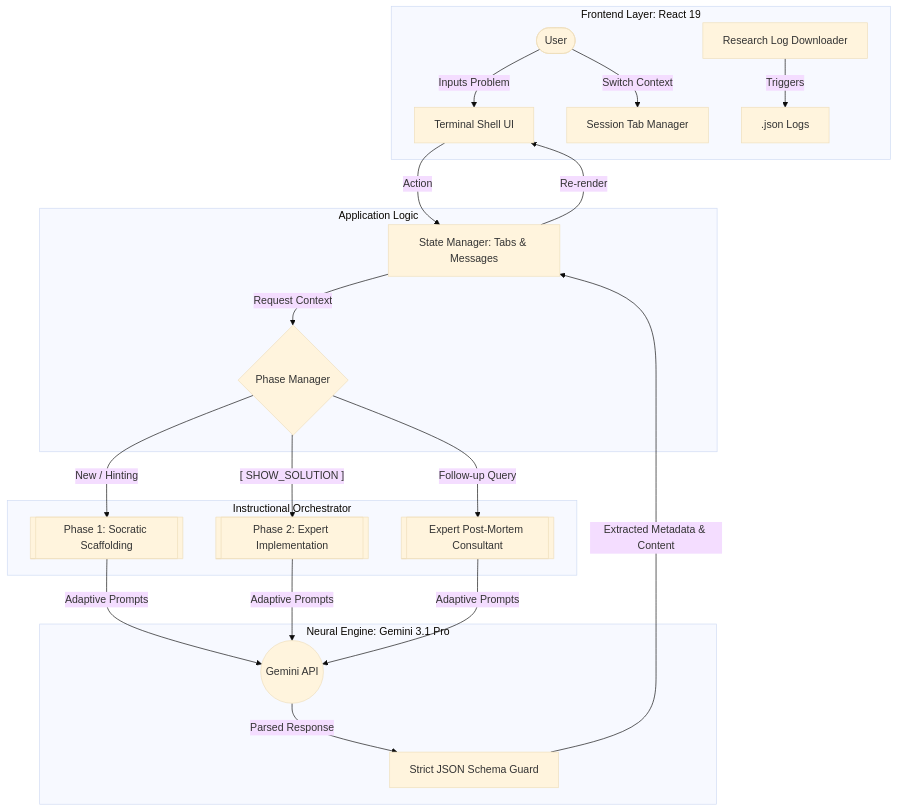
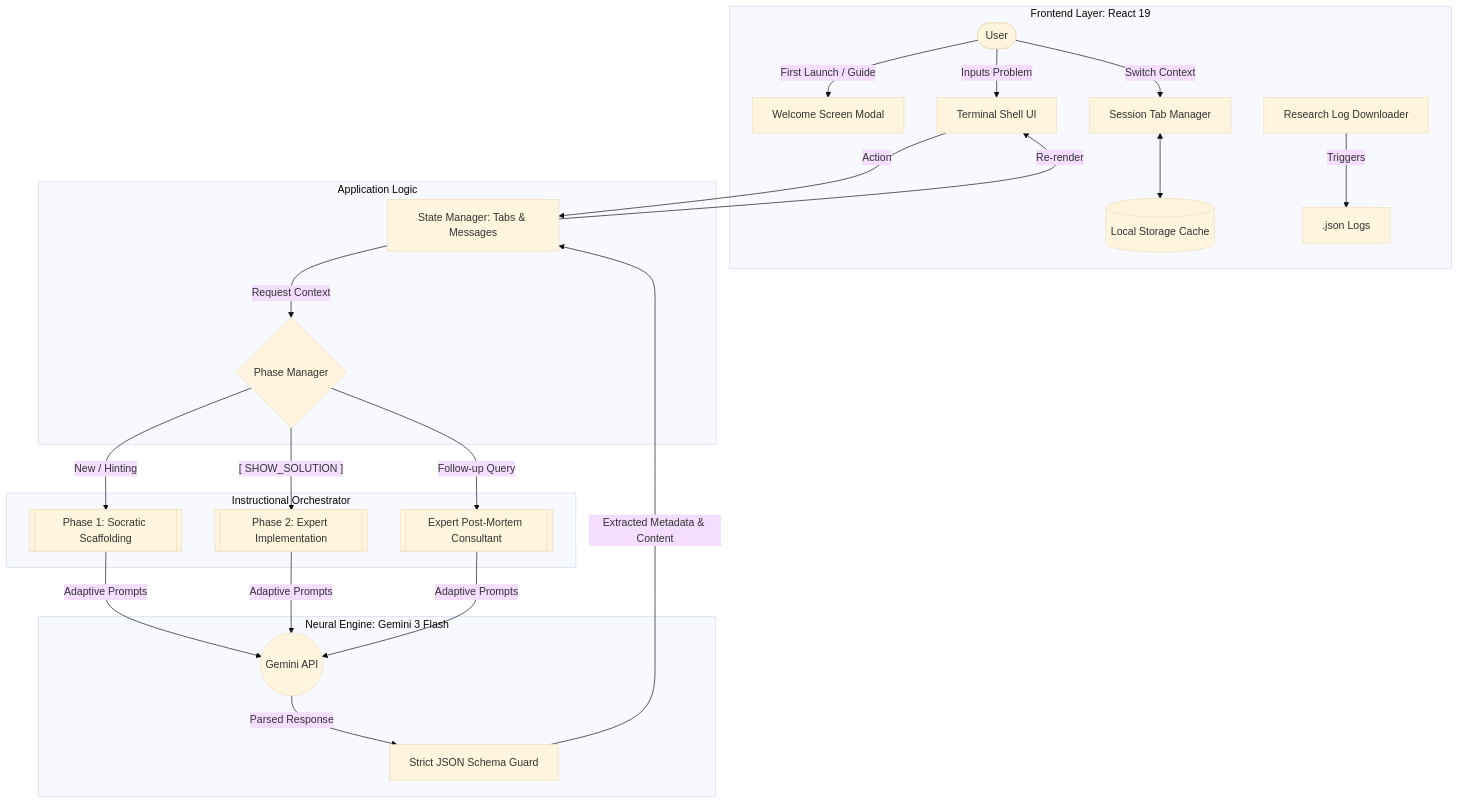
One commit to MTE1991/HintFlow changed the diagram in README.md. Above: the diagram before and after it, drawn with Mermaid (base theme). The commit also changed other lines of this file and 3 other files, not shown here.

First line of the commit message:
feat: add interactive welcome screen and persistence

````diff
--- a/README.md
+++ b/README.md
@@ -68,42 +71,46 @@
 ```mermaid
 graph TD
     subgraph UI [Frontend Layer: React 19]
         U([User])
+        Welcome[Welcome Screen Modal]
         Terminal[Terminal Shell UI]
         Tabs[Session Tab Manager]
+        Cache[(Local Storage Cache)]
         LogExport[Research Log Downloader]
         
+        U -- First Launch / Guide --> Welcome
         U -- Inputs Problem --> Terminal
         U -- Switch Context --> Tabs
+        Tabs <--> Cache
         LogExport -- Triggers --> Export[.json Logs]
     end
 
     subgraph APP [Application Logic]
         SM[State Manager: Tabs & Messages]
         PM{Phase Manager}
         
         Terminal -- Action --> SM
         SM -- Request Context --> PM
     end
 
     subgraph CORE [Instructional Orchestrator]
         P1[[Phase 1: Socratic Scaffolding]]
         P2[[Phase 2: Expert Implementation]]
         P3[[Expert Post-Mortem Consultant]]
         
         PM -- "New / Hinting" --> P1
         PM -- "[ SHOW_SOLUTION ]" --> P2
         PM -- "Follow-up Query" --> P3
     end
 
-    subgraph LLM [Neural Engine: Gemini 3.1 Pro]
+    subgraph LLM [Neural Engine: Gemini 3 Flash]
         G((Gemini API))
         SJ[Strict JSON Schema Guard]
         
         P1 & P2 & P3 -- Adaptive Prompts --> G
         G -- Parsed Response --> SJ
     end
 
     SJ -- "Extracted Metadata & Content" --> SM
     SM -- Re-render --> Terminal
 ```
````
